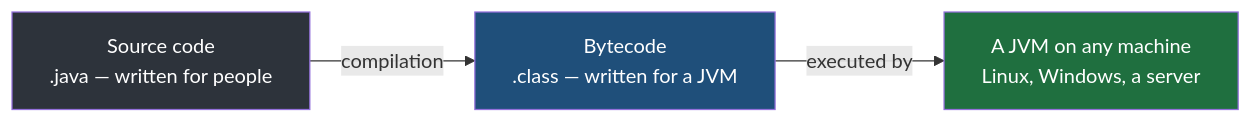
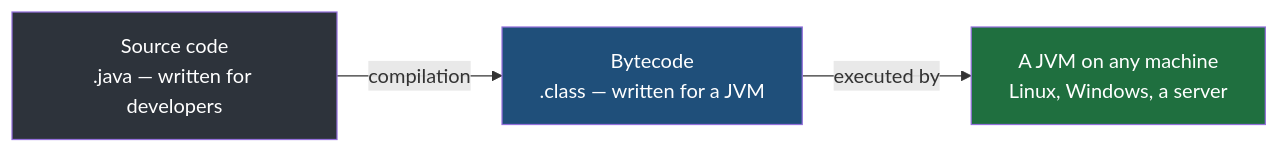
One commit to Dummy-Bug/system-design-handbook changed the first of 2 diagrams in Devops/05-CI-CD/03-Build-Vs-Deploy.md. Above: the diagram before and after it, drawn with Mermaid. The commit also changed other lines of this file and 22 other files, not shown here.

````diff
--- a/Devops/05-CI-CD/03-Build-Vs-Deploy.md
+++ b/Devops/05-CI-CD/03-Build-Vs-Deploy.md
@@ -21,8 +29,8 @@
 ```mermaid
 flowchart LR
-    SRC["Source code<br/>.java — written for people"] -->|"compilation"| BC["Bytecode<br/>.class — written for a JVM"]
+    SRC["Source code<br/>.java — written for developers"] -->|"compilation"| BC["Bytecode<br/>.class — written for a JVM"]
     BC -->|"executed by"| JVM["A JVM on any machine<br/>Linux, Windows, a server"]
     style SRC fill:#2d333b,color:#fff
     style BC fill:#1f4f7a,color:#fff
     style JVM fill:#1f6f3f,color:#fff
 ```
````
